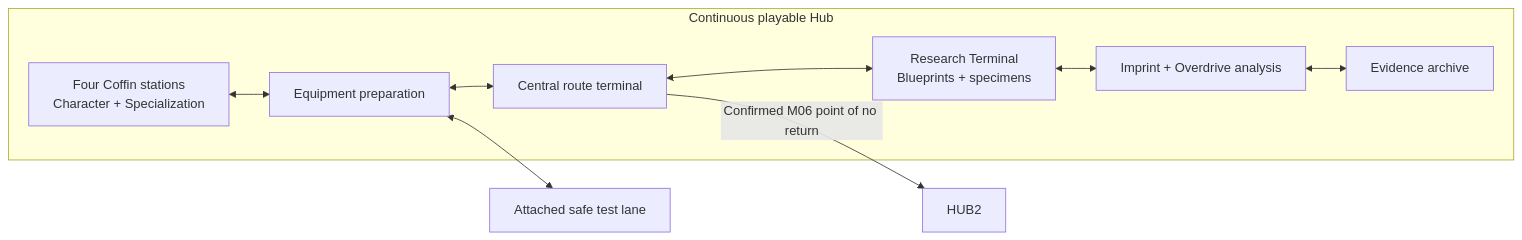
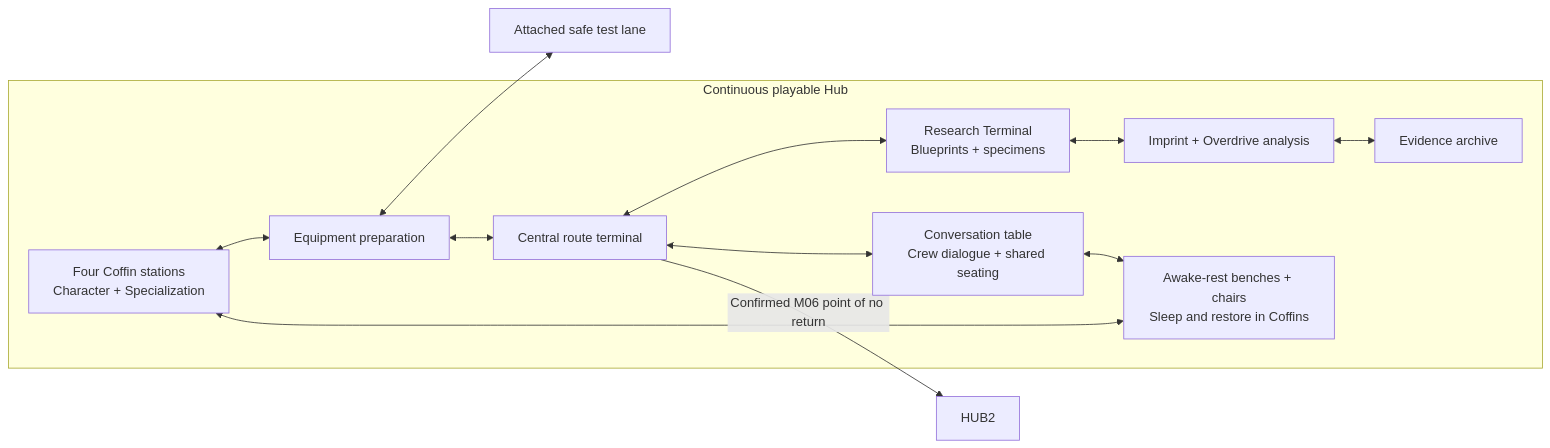
Before and after one commit to justgook/imprint-zero: the diagram in missions/hub1.md, drawn with Mermaid. The commit also changed other lines of this file and 3 other files, not shown here.

````diff
--- a/missions/hub1.md
+++ b/missions/hub1.md
@@ -19,18 +29,23 @@
 ```mermaid
 flowchart LR
     subgraph HUB1[Continuous playable Hub]
         Coffins[Four Coffin stations<br/>Character + Specialization]
         Equipment[Equipment preparation]
         Route[Central route terminal]
         Research[Research Terminal<br/>Blueprints + specimens]
         Analysis[Imprint + Overdrive analysis]
         Archive[Evidence archive]
+        Conversation[Conversation table<br/>Crew dialogue + shared seating]
+        Rest[Awake-rest benches + chairs<br/>Sleep and restore in Coffins]
     end
     Coffins <--> Equipment
     Equipment <--> Test[Attached safe test lane]
     Equipment <--> Route
     Route <--> Research
     Research <--> Analysis
     Analysis <--> Archive
+    Route <--> Conversation
+    Conversation <--> Rest
+    Rest <--> Coffins
     Route -->|Confirmed M06 point of no return| HUB2[HUB2]
 ```
````
